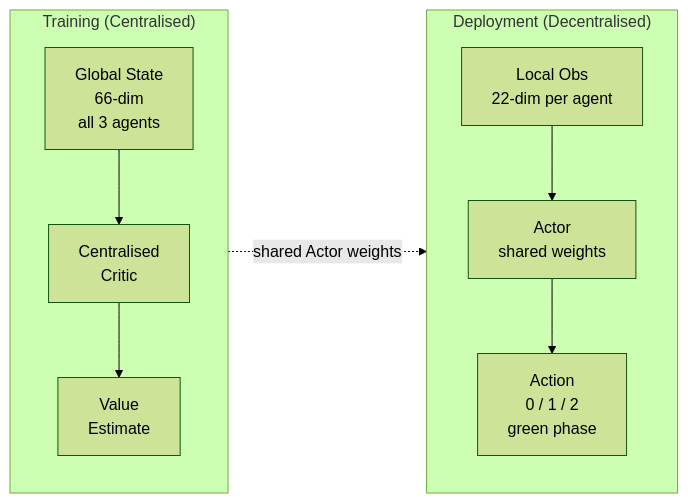
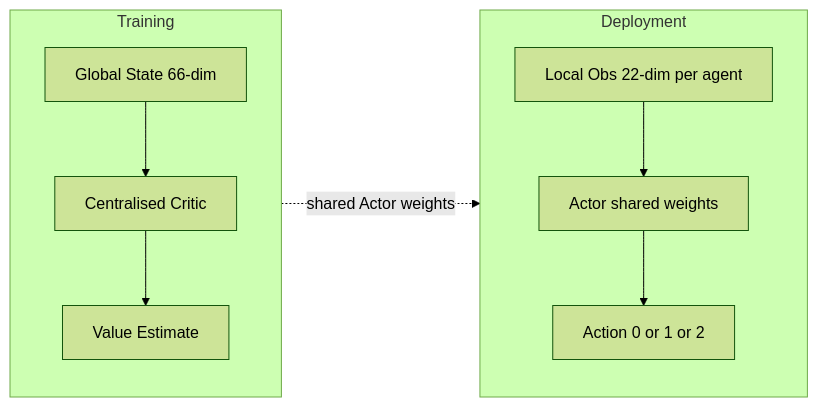
Before and after one commit to geranimoekia/Multi-Agent-Deep-Reinforcement-Learning-for-Adaptive-Traffic-Signal-Control-Palapye-A1-Corridor: the diagram in README.md, drawn with Mermaid (forest theme).

Commit message:
fix: simplify Mermaid diagram syntax for GitHub compatibility

````diff
--- a/README.md
+++ b/README.md
@@ -18,18 +18,16 @@
 ```mermaid
-flowchart LR
-    subgraph T ["Training (Centralised)"]
-        GS["Global State\n66-dim\nall 3 agents"]
-        CC["Centralised\nCritic"]
-        V["Value\nEstimate"]
+graph LR
+    subgraph Training
+        GS[Global State 66-dim]
+        CC[Centralised Critic]
+        V[Value Estimate]
         GS --> CC --> V
     end
-
-    subgraph D ["Deployment (Decentralised)"]
-        LO["Local Obs\n22-dim per agent"]
-        AC["Actor\nshared weights"]
-        ACT["Action\n0 / 1 / 2\ngreen phase"]
+    subgraph Deployment
+        LO[Local Obs 22-dim per agent]
+        AC[Actor shared weights]
+        ACT[Action 0 or 1 or 2]
         LO --> AC --> ACT
     end
-
-    T -. "shared Actor weights" .-> D
+    Training -. shared Actor weights .-> Deployment
 ```
````
